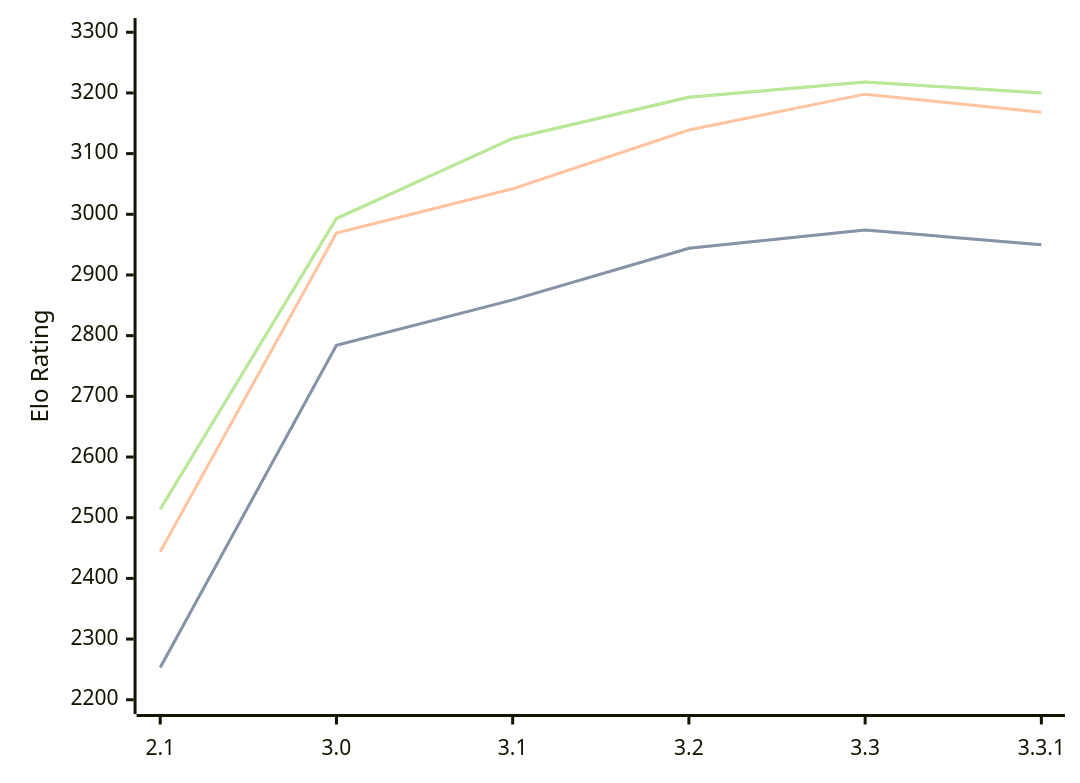
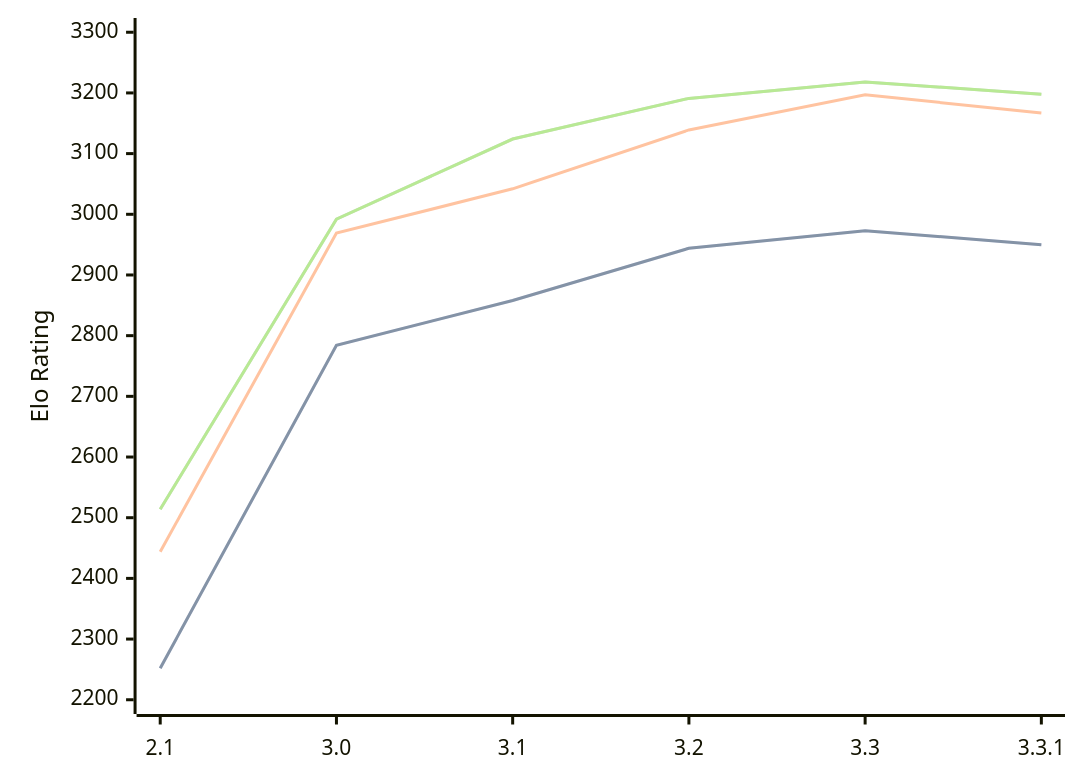
Before and after one commit to computer-chess-index/cci: the diagram in engines/Petrel.md, drawn with Mermaid. The commit also changed other lines of this file, not shown here.

Commit message:
Update CCI Ratings (ELO VLTC) - 2026-03-23

````diff
--- a/engines/Petrel.md
+++ b/engines/Petrel.md
@@ -45,11 +45,11 @@
 ```mermaid
 %%{init: {"theme":"base","themeVariables":{"seriesColors:['#a3a3a3','#222221','#faa371']}}}%%
 xychart-beta
   x-axis ["2.1", "3.0", "3.1", "3.2", "3.3", "3.3.1"]
   y-axis "Elo Rating" 2200 --> 3300
-  line "STC (8.0+0.08s)" [2253, 2784, 2859, 2944, 2974, 2950]
-  line "STC (8.0+0.08s)" [2253, 2784, 2859, 2944, 2974, 2950]
-  line "LTC (60.0+0.60s)" [2444, 2969, 3042, 3139, 3198, 3168]
-  line "VLTC (2m24s+1.12s)" [2514, 2993, 3125, 3193, 3218, 3200]
-  line "VLTC (2m24s+1.12s)" [2514, 2993, 3125, 3193, 3218, 3200]
+  line "STC (8.0+0.08s)" [2252, 2784, 2858, 2944, 2973, 2950]
+  line "STC (8.0+0.08s)" [2252, 2784, 2858, 2944, 2973, 2950]
+  line "LTC (60.0+0.60s)" [2444, 2969, 3042, 3139, 3197, 3167]
+  line "VLTC (2m24s+1.12s)" [2514, 2992, 3124, 3191, 3218, 3198]
+  line "VLTC (2m24s+1.12s)" [2514, 2992, 3124, 3191, 3218, 3198]
 ```
````
